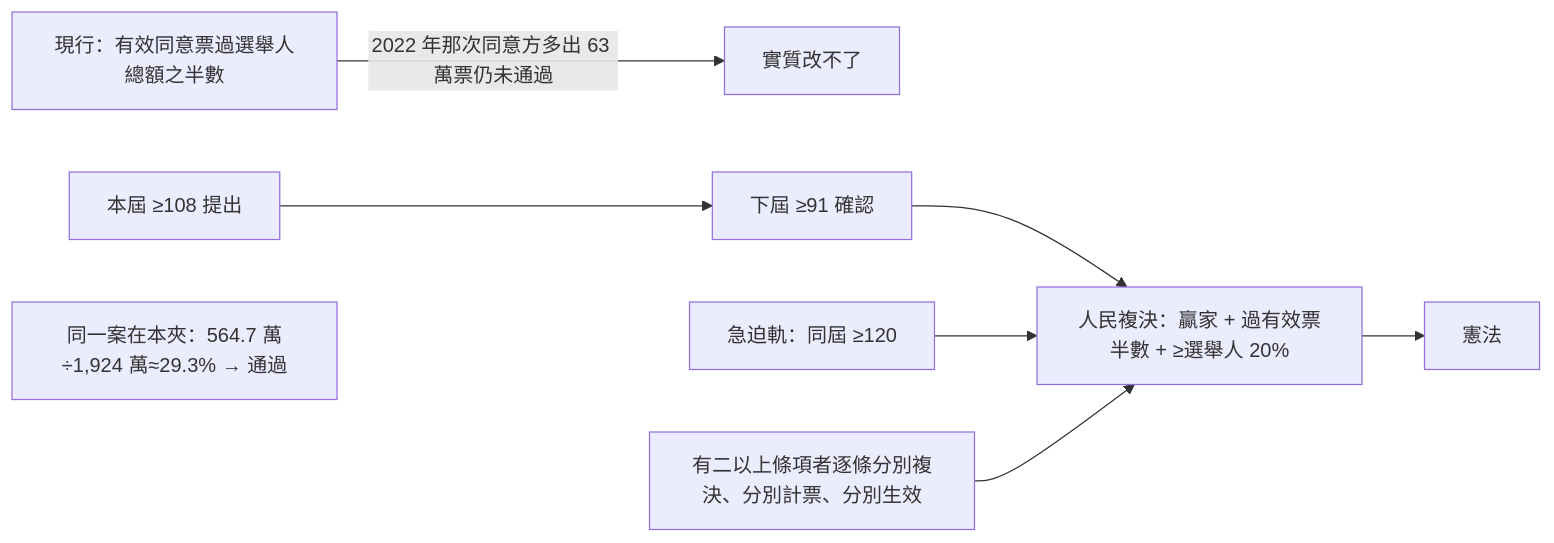
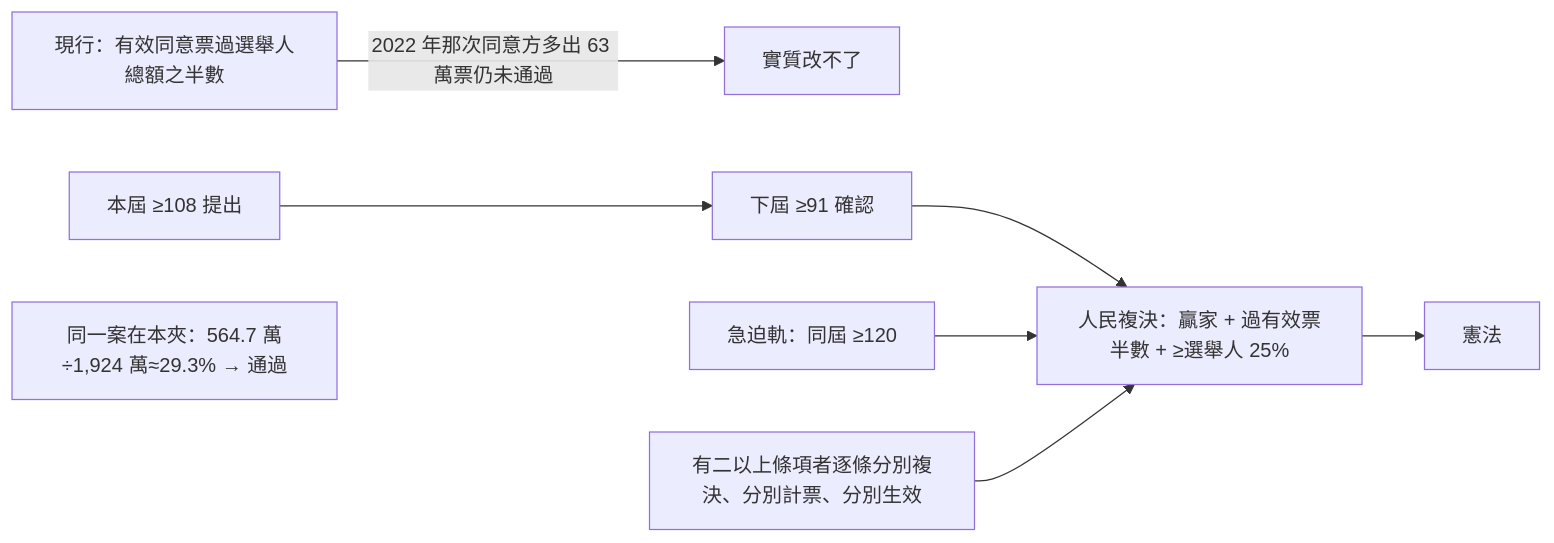
The sixth of 10 diagrams in topics/regime-designs/designs/台灣/一院總統制-測試/憲政架構圖.md (IRonROOT578/Political-Economy-Research-Public), drawn with Mermaid before and after one commit. The commit also changed other lines of this file and 24 other files, not shown here.

````diff
--- a/topics/regime-designs/designs/台灣/一院總統制-測試/憲政架構圖.md
+++ b/topics/regime-designs/designs/台灣/一院總統制-測試/憲政架構圖.md
@@ -83,10 +83,10 @@
 ```mermaid
 flowchart LR
   Now[現行：有效同意票過選舉人總額之半數] -->|2022 年那次同意方多出 63 萬票仍未通過| Fail[實質改不了]
   P1[本屆 ≥108 提出] --> P2[下屆 ≥91 確認]
-  P2 --> P3[人民複決：贏家 + 過有效票半數 + ≥選舉人 20%]
+  P2 --> P3[人民複決：贏家 + 過有效票半數 + ≥選舉人 25%]
   P3 --> Const[憲法]
   U1[急迫軌：同屆 ≥120] --> P3
   Split[有二以上條項者逐條分別複決、分別計票、分別生效] --> P3
   Check[同一案在本夾：564.7 萬÷1,924 萬≈29.3% → 通過]
 ```
````
